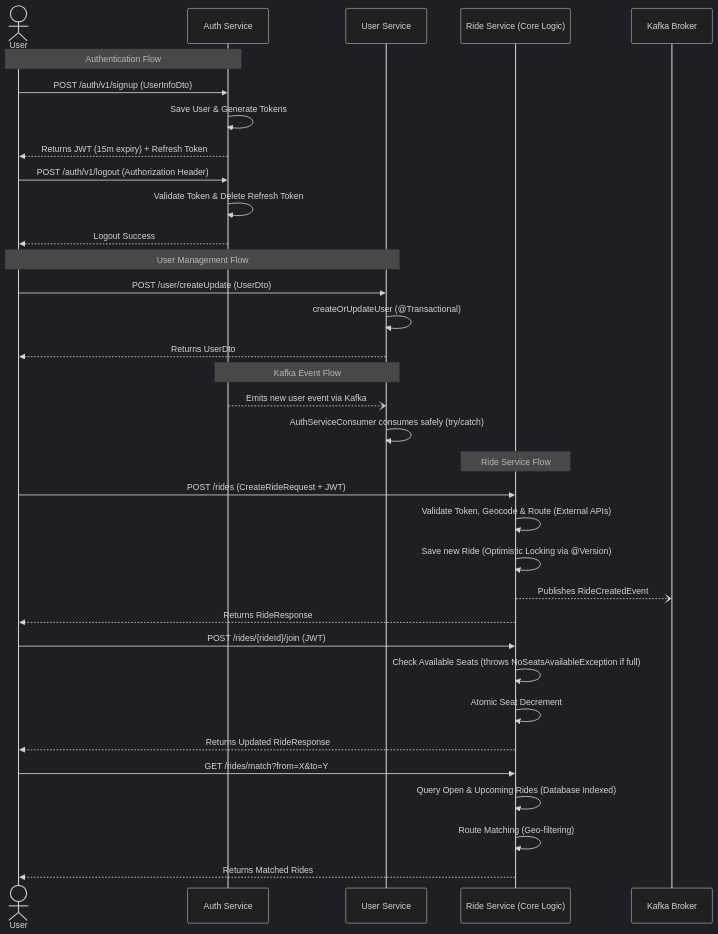
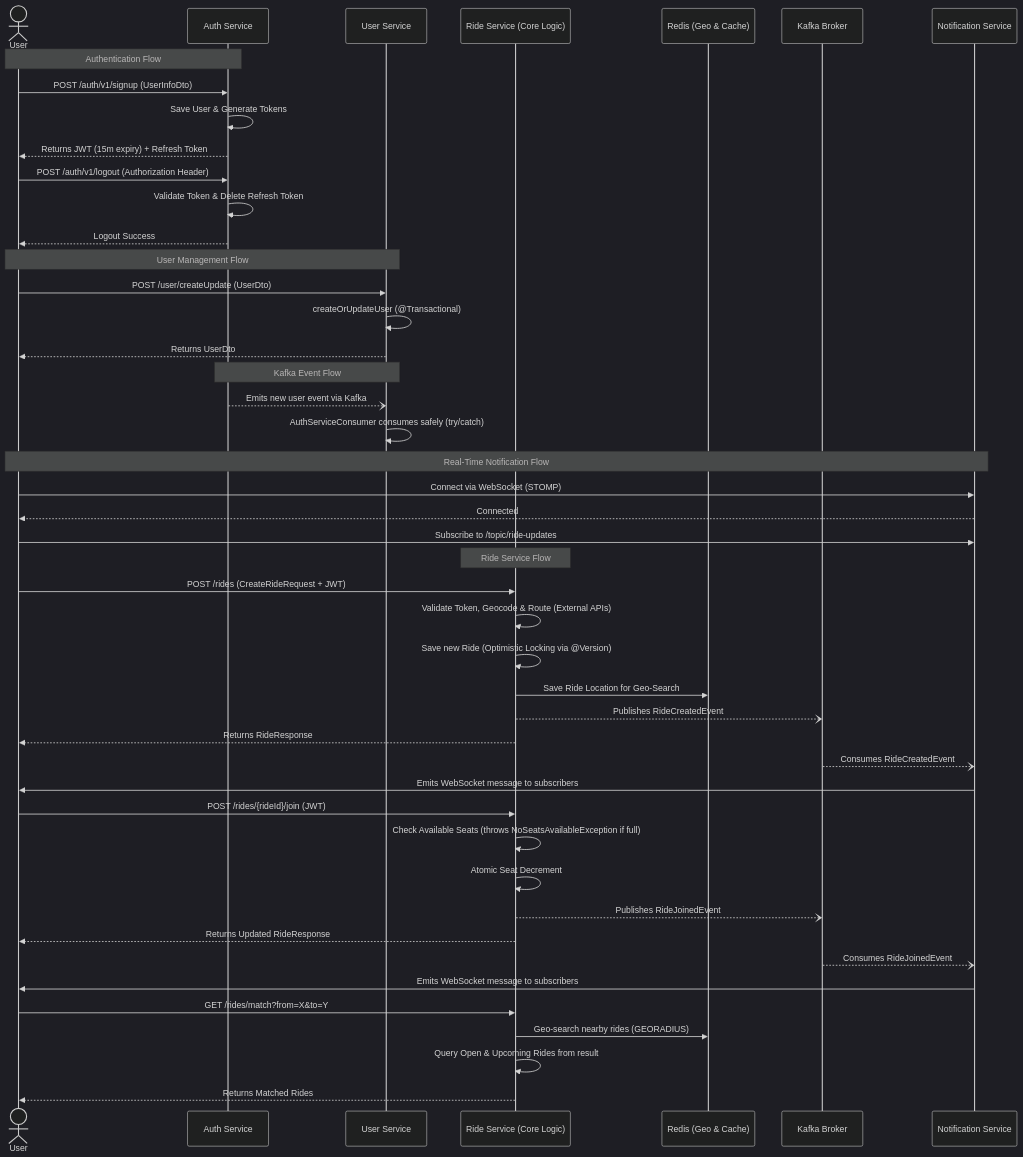
One commit to Arnav05-cyber/Cabit changed the diagram in README.md. Above: the diagram before and after it, drawn with Mermaid (dark theme). The commit also changed other lines of this file and 29 other files, not shown here.

Commit message:
fix(rideService): fix redis georadius lat/lon order, refactor kafka producer, and update architecture diagram in README

````diff
--- a/README.md
+++ b/README.md
@@ -30,43 +32,58 @@
 ```mermaid
 sequenceDiagram
     actor User
     participant Auth as Auth Service
     participant UserSvc as User Service
     participant Ride as Ride Service (Core Logic)
+    participant Redis as Redis (Geo & Cache)
     participant Kafka as Kafka Broker
+    participant Notif as Notification Service
 
     Note over User, Auth: Authentication Flow
     User->>Auth: POST /auth/v1/signup (UserInfoDto)
     Auth->>Auth: Save User & Generate Tokens
     Auth-->>User: Returns JWT (15m expiry) + Refresh Token
 
     User->>Auth: POST /auth/v1/logout (Authorization Header)
     Auth->>Auth: Validate Token & Delete Refresh Token
     Auth-->>User: Logout Success
 
     Note over User, UserSvc: User Management Flow
     User->>UserSvc: POST /user/createUpdate (UserDto)
     UserSvc->>UserSvc: createOrUpdateUser (@Transactional)
     UserSvc-->>User: Returns UserDto
     
     Note over Auth, UserSvc: Kafka Event Flow
     Auth--)UserSvc: Emits new user event via Kafka
     UserSvc->>UserSvc: AuthServiceConsumer consumes safely (try/catch)
 
+    Note over User, Notif: Real-Time Notification Flow
+    User->>Notif: Connect via WebSocket (STOMP)
+    Notif-->>User: Connected
+    User->>Notif: Subscribe to /topic/ride-updates
+
     Note over Ride: Ride Service Flow
     User->>Ride: POST /rides (CreateRideRequest + JWT)
     Ride->>Ride: Validate Token, Geocode & Route (External APIs)
     Ride->>Ride: Save new Ride (Optimistic Locking via @Version)
+    Ride->>Redis: Save Ride Location for Geo-Search
     Ride--)Kafka: Publishes RideCreatedEvent
     Ride-->>User: Returns RideResponse
+
+    Kafka--)Notif: Consumes RideCreatedEvent
+    Notif->>User: Emits WebSocket message to subscribers
 
     User->>Ride: POST /rides/{rideId}/join (JWT)
     Ride->>Ride: Check Available Seats (throws NoSeatsAvailableException if full)
     Ride->>Ride: Atomic Seat Decrement
+    Ride--)Kafka: Publishes RideJoinedEvent
     Ride-->>User: Returns Updated RideResponse
     
+    Kafka--)Notif: Consumes RideJoinedEvent
+    Notif->>User: Emits WebSocket message to subscribers
+
     User->>Ride: GET /rides/match?from=X&to=Y
-    Ride->>Ride: Query Open & Upcoming Rides (Database Indexed)
-    Ride->>Ride: Route Matching (Geo-filtering)
+    Ride->>Redis: Geo-search nearby rides (GEORADIUS)
+    Ride->>Ride: Query Open & Upcoming Rides from result
     Ride-->>User: Returns Matched Rides
 ```
````
